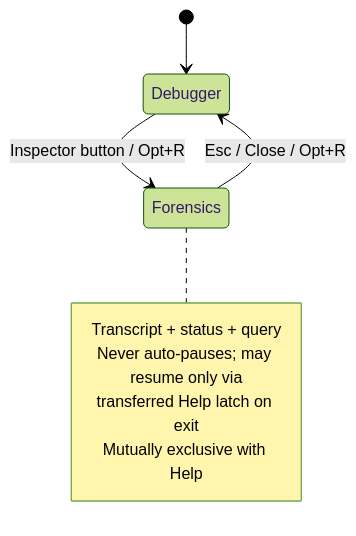
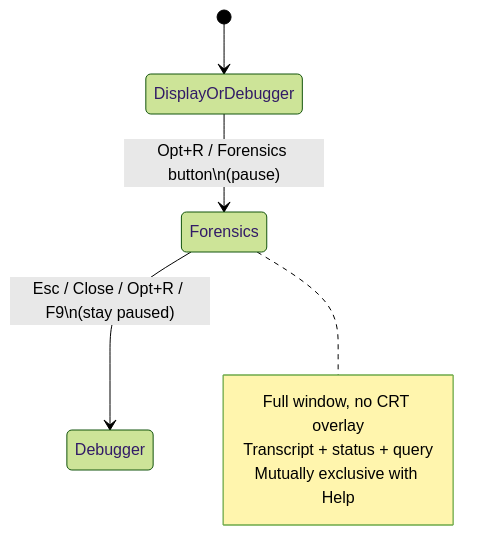
The first of 3 diagrams in import/a2m/design/forensics-ui.md (StewBC/machines), drawn with Mermaid (forest theme) before and after one commit. The commit also changed other lines of this file and 8 other files, not shown here.

First line of the commit message:
frontend: Forensics is full-window paused mode, not Help overlay

````diff
--- a/import/a2m/design/forensics-ui.md
+++ b/import/a2m/design/forensics-ui.md
@@ -109,12 +108,11 @@
 ```mermaid
 stateDiagram-v2
-    [*] --> Debugger
-    Debugger --> Forensics: Inspector button / Opt+R
-    Forensics --> Debugger: Esc / Close / Opt+R
+    [*] --> DisplayOrDebugger
+    DisplayOrDebugger --> Forensics: Opt+R / Forensics button\n(pause)
+    Forensics --> Debugger: Esc / Close / Opt+R / F9\n(stay paused)
     note right of Forensics
+      Full window, no CRT overlay
       Transcript + status + query
-      Never auto-pauses; may resume only via
-      transferred Help latch on exit
       Mutually exclusive with Help
     end note
 ```
````
